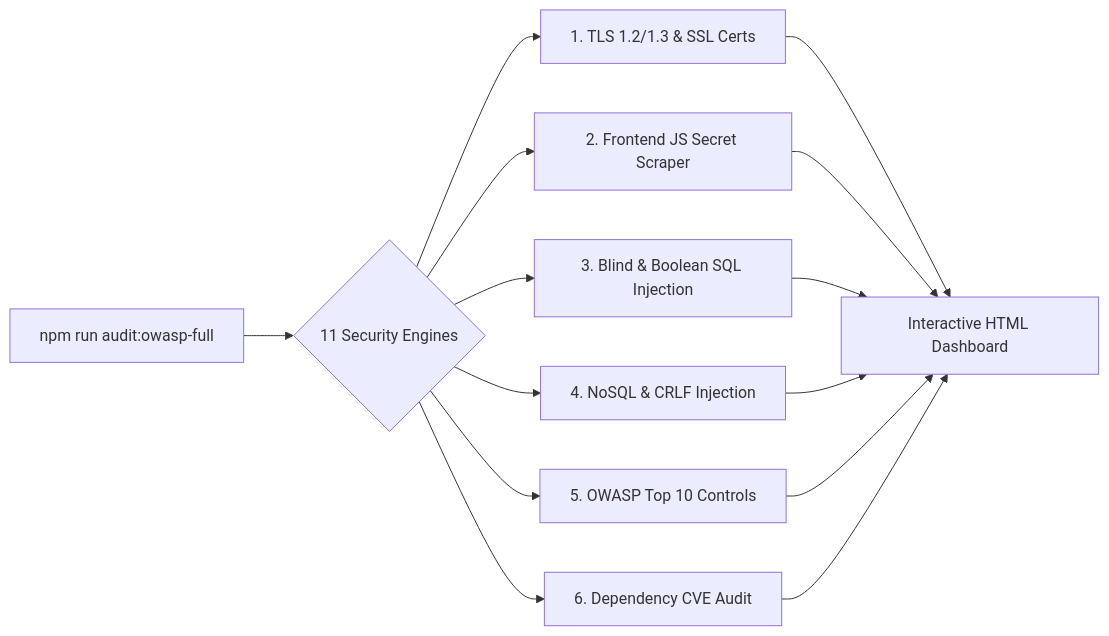
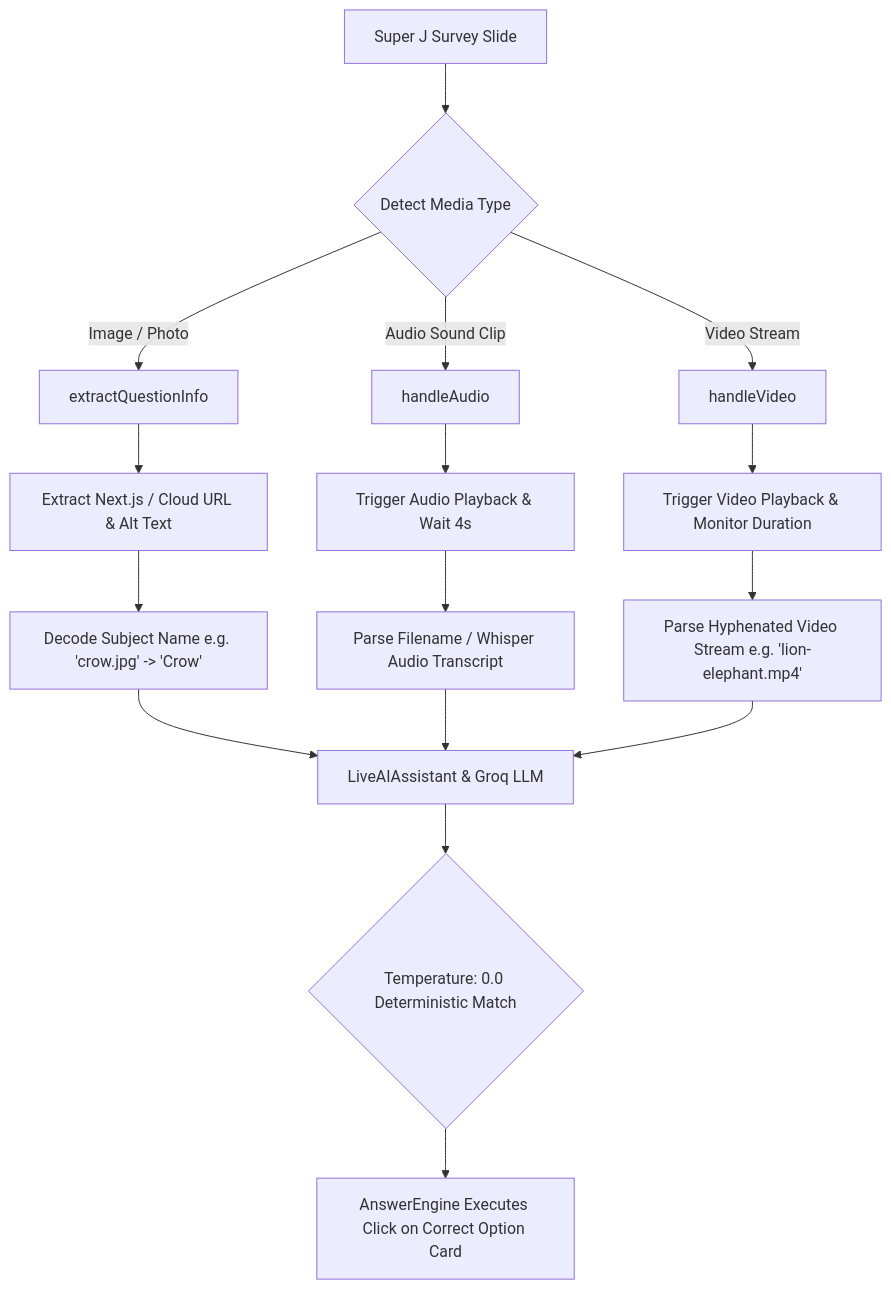
The first of 2 diagrams in README.md (Karthik751170/playwright-js-project), drawn with Mermaid before and after one commit. The commit also changed other lines of this file, not shown here.

Commit message:
docs: preserve all original AI automation details and integrate complete enterprise security suite

````diff
--- a/README.md
+++ b/README.md
@@ -31,11 +44,22 @@
 ```mermaid
-flowchart LR
-    A[npm run audit:owasp-full] --> B{11 Security Engines}
-    B --> C[1. TLS 1.2/1.3 & SSL Certs]
-    B --> D[2. Frontend JS Secret Scraper]
-    B --> E[3. Blind & Boolean SQL Injection]
-    B --> F[4. NoSQL & CRLF Injection]
-    B --> G[5. OWASP Top 10 Controls]
-    B --> H[6. Dependency CVE Audit]
-    C & D & E & F & G & H --> I[Interactive HTML Dashboard]
+flowchart TD
+    A[Super J Survey Slide] --> B{Detect Media Type}
+    B -->|Image / Photo| C[extractQuestionInfo]
+    B -->|Audio Sound Clip| D[handleAudio]
+    B -->|Video Stream| E[handleVideo]
+    
+    C --> C1[Extract Next.js / Cloud URL & Alt Text]
+    C1 --> C2[Decode Subject Name e.g. 'crow.jpg' -> 'Crow']
+    C2 --> F[LiveAIAssistant & Groq LLM]
+    
+    D --> D1[Trigger Audio Playback & Wait 4s]
+    D1 --> D2[Parse Filename / Whisper Audio Transcript]
+    D2 --> F
+    
+    E --> E1[Trigger Video Playback & Monitor Duration]
+    E1 --> E2[Parse Hyphenated Video Stream e.g. 'lion-elephant.mp4']
+    E2 --> F
+    
+    F --> G{Temperature: 0.0 Deterministic Match}
+    G --> H[AnswerEngine Executes Click on Correct Option Card]
 ```
````
